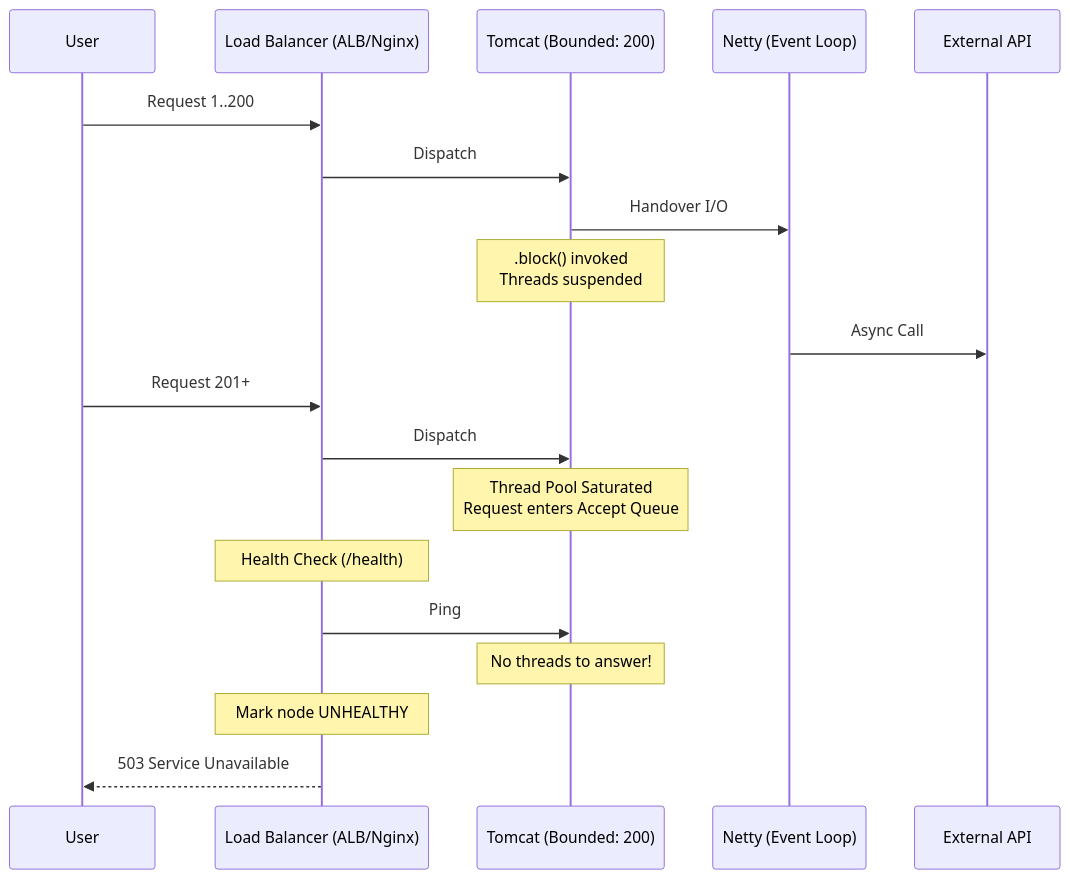
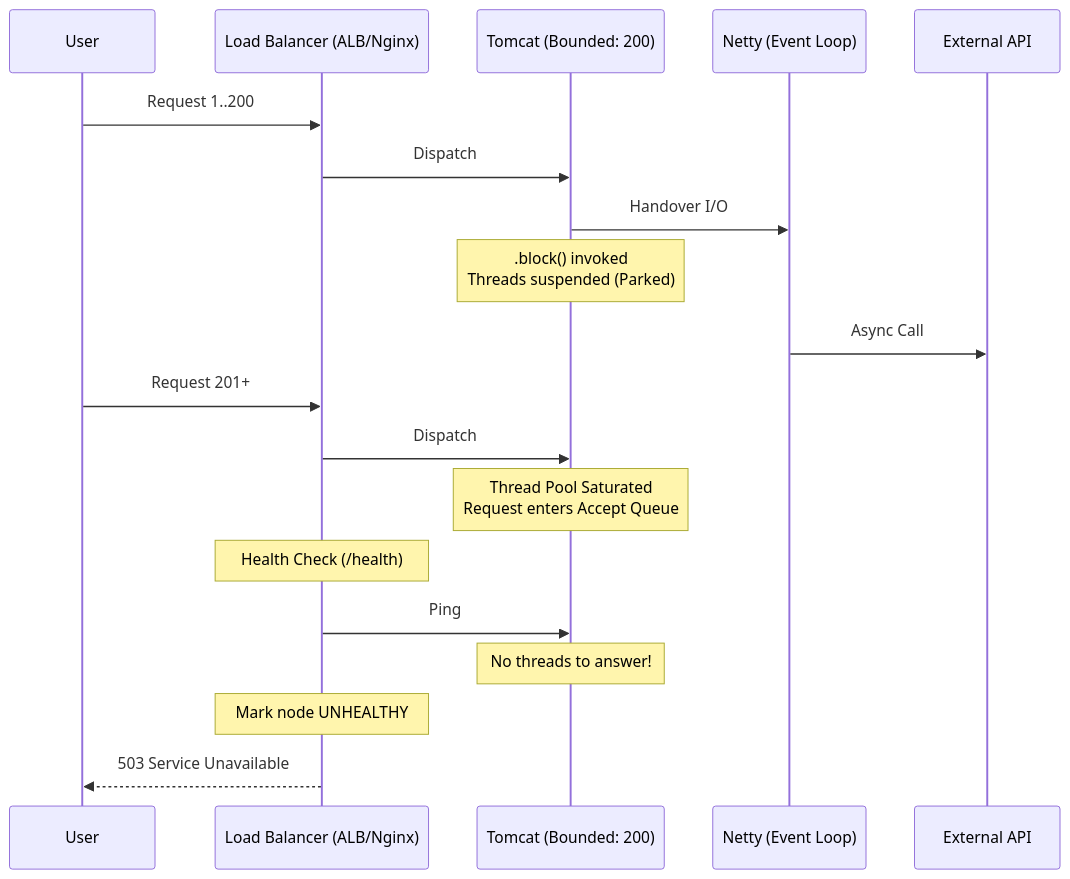
One commit to tuanhiep/principal changed the diagram in content/posts/series_4/1.the_illusion_of_non_blocking_and_thread_starvation.md. Above: the diagram before and after it, drawn with Mermaid. The commit also changed other lines of this file, not shown here.

Commit message:
Autopsy of a Hybrid Architecture (1/4): The Illusion of Non-Blocking & Thread Starvation

````diff
--- a/content/posts/series_4/1.the_illusion_of_non_blocking_and_thread_starvation.md
+++ b/content/posts/series_4/1.the_illusion_of_non_blocking_and_thread_starvation.md
@@ -69,25 +83,25 @@
 ```mermaid
 sequenceDiagram
     participant User
     participant LB as Load Balancer (ALB/Nginx)
     participant Tomcat as Tomcat (Bounded: 200)
     participant Netty as Netty (Event Loop)
     participant API as External API
 
     User->>LB: Request 1..200
     LB->>Tomcat: Dispatch
     Tomcat->>Netty: Handover I/O
-    Note over Tomcat: .block() invoked<br/>Threads suspended
+    Note over Tomcat: .block() invoked<br/>Threads suspended (Parked)
     Netty->>API: Async Call
     
     User->>LB: Request 201+
     LB->>Tomcat: Dispatch
     Note over Tomcat: Thread Pool Saturated<br/>Request enters Accept Queue
     
     Note over LB: Health Check (/health)
     LB->>Tomcat: Ping
     Note over Tomcat: No threads to answer!
     
     Note over LB: Mark node UNHEALTHY
     LB-->>User: 503 Service Unavailable
 ```
````
